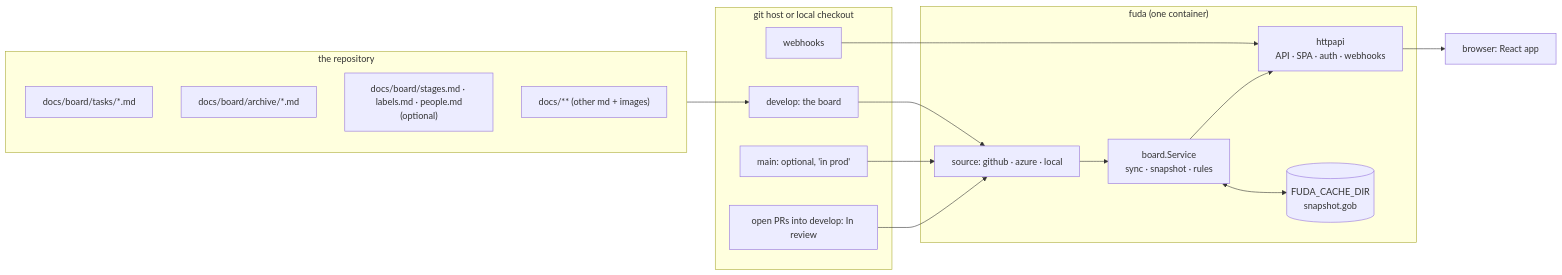
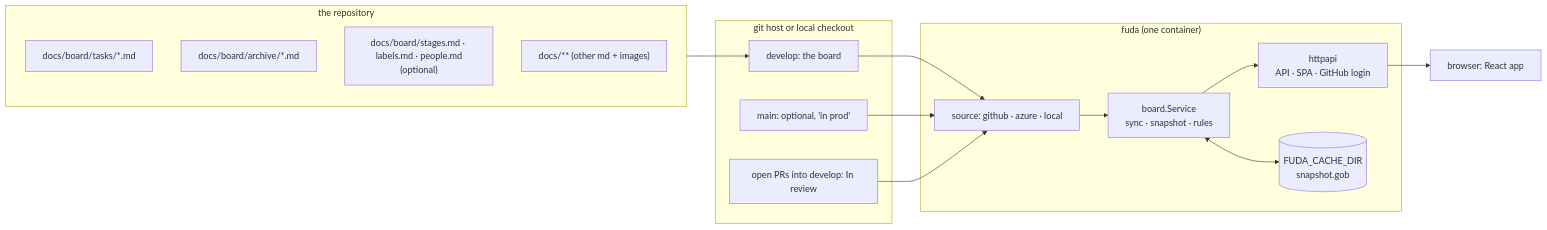
Before and after one commit to milos-sikic-nimbus-tech/fuda: the first of 5 diagrams in docs/architecture.md, drawn with Mermaid. The commit also changed other lines of this file and 43 other files, not shown here.

First line of the commit message:
Log in with GitHub and pick a Board

````diff
--- a/docs/architecture.md
+++ b/docs/architecture.md
@@ -16,30 +16,28 @@
 ```mermaid
 flowchart LR
   subgraph repo["the repository"]
     T["docs/board/tasks/*.md"]
     A["docs/board/archive/*.md"]
     C["docs/board/stages.md · labels.md · people.md<br/>(optional)"]
     D["docs/** (other md + images)"]
   end
   subgraph host["git host or local checkout"]
     DEV["develop: the board"]
     MAIN["main: optional, 'in prod'"]
     PR["open PRs into develop: In review"]
-    HOOK["webhooks"]
   end
   subgraph fuda["fuda (one container)"]
     SRC["source: github · azure · local"]
     SVC["board.Service<br/>sync · snapshot · rules"]
-    HTTP["httpapi<br/>API · SPA · auth · webhooks"]
+    HTTP["httpapi<br/>API · SPA · GitHub login"]
     DISK[("FUDA_CACHE_DIR<br/>snapshot.gob")]
   end
   UI["browser: React app"]
   repo --> DEV
   DEV --> SRC
   MAIN --> SRC
   PR --> SRC
-  HOOK --> HTTP
   SRC --> SVC
   SVC <--> DISK
   SVC --> HTTP --> UI
 ```
````
